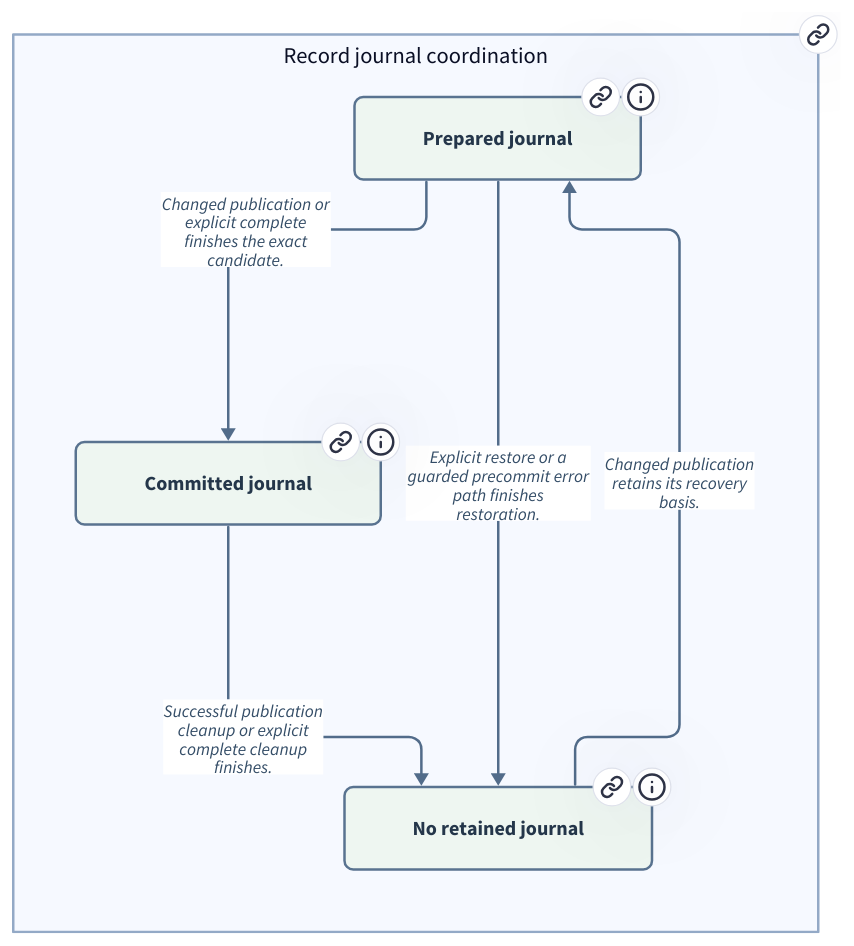
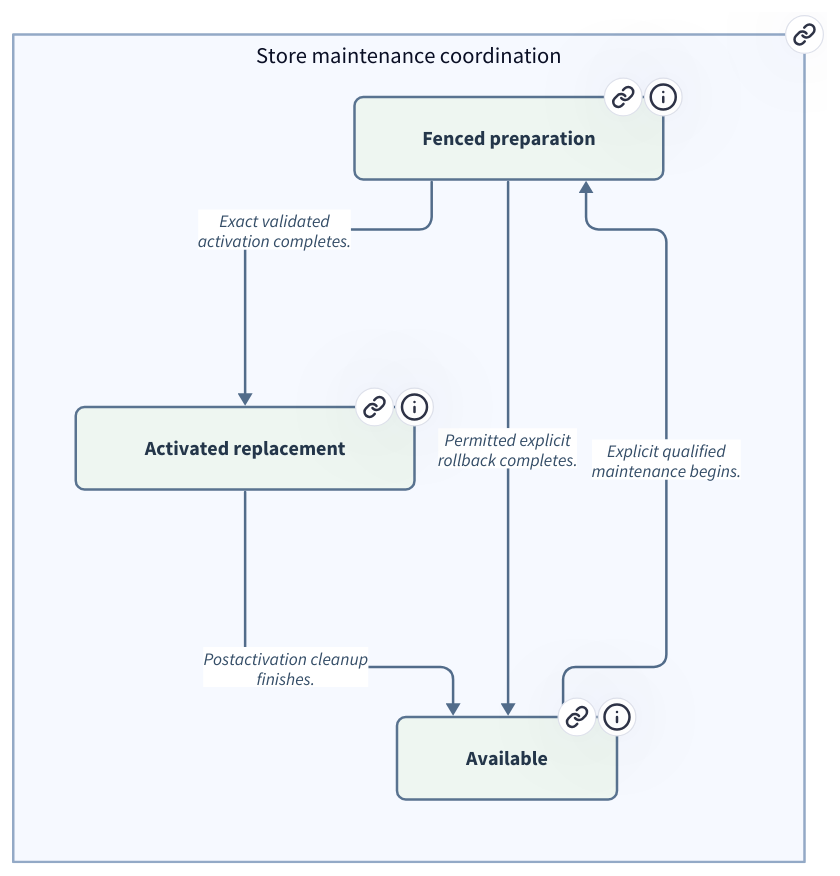
Before and after one commit to xiongxianfei/rigorloop: the diagram in design/architecture/views/browser/diagrams/process-coordination.d2, drawn with D2. The commit also changed 512 other files, not shown here.

```diff
--- a/design/architecture/views/browser/diagrams/process-coordination.d2
+++ b/design/architecture/views/browser/diagrams/process-coordination.d2
@@ -1,67 +1,67 @@
 # Generated from explicit REM realization facts; do not edit.
-# Source identity: 53f63fcf1ca7513ab5f1fd872d338be32ce1bda945a9429ccd0bac1f370c74f1
-# Source-observed journal states and guarded transitions. Arrows describe eligible changes, not a mandatory sequence. Absence of a retained journal is distinct from the prepared and committed journal phases. Guards, effects, and coordination limits remain attached to their source records; this diagram is not crash, concurrency, or recovery verification.
+# Source identity: 7978be139fe27eda655003b22781018baac550ab5be13f735b6a2800fc2e5371
+# Source-observed maintenance states and guarded transitions. Arrows describe eligible changes, not a mandatory sequence. Ordinary availability is distinct from the prepared and activated maintenance phases. Guards, effects, and coordination limits remain attached to their source records; this diagram is not crash, concurrency, or recovery verification.
 vars: { d2-config: { layout-engine: elk } }
 direction: down
 
-n_6c6966656379636c653a30: "Record journal coordination" {
+n_6c6966656379636c653a30: "Store maintenance coordination" {
   link: "#process/lifecycle/coordination"
   style.fill: "#F6F9FF"
   style.stroke: "#93A9C6"
   style.font-size: 18
-  n_4e6f2072657461696e6564206a6f75726e616c: "No retained journal" {
+  n_417661696c61626c65: "Available" {
     link: "#process/lifecycle/coordination"
-    tooltip: "journal.json is absent; this is physical absence, not a stored phase. A writer lock may still exist, and absence alone does not make a reader snapshot available or establish cleanup success."
+    tooltip: "No active maintenance fence; ordinary SQLite operations may seek their own transaction."
     style.fill: "#EEF6F1"
     style.stroke: "#597390"
     style.font-color: "#24364A"
     style.font-size: 16
     style.border-radius: 7
   }
-  n_5072657061726564206a6f75726e616c: "Prepared journal" {
+  n_46656e636564207072657061726174696f6e: "Fenced preparation" {
     link: "#process/lifecycle/coordination"
-    tooltip: "A validated retained journal has phase=prepared and exact before/candidate evidence. Targets may match a mixture of retained before and candidate values during an unfinished transaction; that mixture is not usable current state."
+    tooltip: "Exclusive maintenance owns validated staging and prior-state inventory; ordinary access is blocked."
     style.fill: "#EEF6F1"
     style.stroke: "#597390"
     style.font-color: "#24364A"
     style.font-size: 16
     style.border-radius: 7
   }
-  n_436f6d6d6974746564206a6f75726e616c: "Committed journal" {
+  n_416374697661746564207265706c6163656d656e74: "Activated replacement" {
     link: "#process/lifecycle/coordination"
-    tooltip: "A validated retained journal has phase=committed. Every target must match its candidate identity; before-state targets are inconsistent. Only verified completion/cleanup is admissible, never restore."
+    tooltip: "The validated new store is active; cleanup must preserve truthful commitment and cannot roll back as retry."
     style.fill: "#EEF6F1"
     style.stroke: "#597390"
     style.font-color: "#24364A"
     style.font-size: 16
     style.border-radius: 7
   }
-  n_4e6f2072657461696e6564206a6f75726e616c -> n_5072657061726564206a6f75726e616c: "Changed publication\nretains its recovery\nbasis." {
+  n_417661696c61626c65 -> n_46656e636564207072657061726174696f6e: "Explicit qualified\nmaintenance begins." {
     style.stroke: "#526C8A"
     style.font-color: "#344D67"
     style.fill: "#FFFFFF"
     style.font-size: 14
-    tooltip: "Changed publication retains its recovery basis.\nGuards: The writer owns exclusion and the current candidate, before-set, expected revision, targets, and declared reads have passed their applicable checks.; The bounded successful-publication receipt has been prepared; unchanged and preview paths have already terminated.\nEffects: Write exact before/candidate snapshots, identities, write/read sets, transaction ID, and created-directory tracking as phase=prepared before any authoritative replacement."
+    tooltip: "Explicit qualified maintenance begins.\nGuards: Exclusive fence acquired after ordinary leases clear.\nEffects: Retain inspected source/prior state and stage validated candidate."
   }
-  n_5072657061726564206a6f75726e616c -> n_436f6d6d6974746564206a6f75726e616c: "Changed publication or\nexplicit complete\nfinishes the exact\ncandidate." {
+  n_46656e636564207072657061726174696f6e -> n_416374697661746564207265706c6163656d656e74: "Exact validated\nactivation completes." {
     style.stroke: "#526C8A"
     style.font-color: "#344D67"
     style.fill: "#FFFFFF"
     style.font-size: 14
-    tooltip: "Changed publication or explicit complete finishes the exact candidate.\nGuards: Ownership and known target checks remain valid, all candidate identities have been observed, and the declared read basis has been rechecked after publication.; Recovery additionally verifies the exact requested journal identity; unknown target bytes or an untrusted journal block transition.\nEffects: Persist phase=committed with the retained transaction evidence. Subsequent failure cannot authorize before-state restoration."
+    tooltip: "Exact validated activation completes.\nGuards: Current observations and candidate inventory match.\nEffects: Activate selected staged units and retain displaced originals."
   }
-  n_5072657061726564206a6f75726e616c -> n_4e6f2072657461696e6564206a6f75726e616c: "Explicit restore or a\nguarded precommit error\npath finishes\nrestoration." {
+  n_46656e636564207072657061726174696f6e -> n_417661696c61626c65: "Permitted explicit\nrollback completes." {
     style.stroke: "#526C8A"
     style.font-color: "#344D67"
     style.fill: "#FFFFFF"
     style.font-size: 14
-    tooltip: "Explicit restore or a guarded precommit error path finishes restoration.\nGuards: Exact retained before bytes are verified and each target remains in its known before/candidate set at observed checks.; Restoration and permitted created-directory cleanup complete under owned exclusion.\nEffects: Remove the exact retained journal, then release the owned lock. Explicit restore returns recovered; safe automatic restoration reports the original publication failure."
+    tooltip: "Permitted explicit rollback completes.\nGuards: Fresh observed recovery and exact prior units established.\nEffects: Restore verified prior scope; preserve unrelated bytes."
   }
-  n_436f6d6d6974746564206a6f75726e616c -> n_4e6f2072657461696e6564206a6f75726e616c: "Successful publication\ncleanup or explicit\ncomplete cleanup\nfinishes." {
+  n_416374697661746564207265706c6163656d656e74 -> n_417661696c61626c65: "Postactivation cleanup\nfinishes." {
     style.stroke: "#526C8A"
     style.font-color: "#344D67"
     style.fill: "#FFFFFF"
     style.font-size: 14
-    tooltip: "Successful publication cleanup or explicit complete cleanup finishes.\nGuards: The exact committed candidate is verified; an explicit recovery complete also verifies current journal identity and its declared read basis.; The writer still owns exclusion; cleanup succeeds without guessing target or journal state.\nEffects: Remove the retained journal, then release the lock and return the already prepared saved or recovered receipt. Missing output delivery does not undo commitment."
+    tooltip: "Postactivation cleanup finishes.\nGuards: Retained active candidate and known lock ownership remain valid.\nEffects: Release owned cleanup/fence; report committed outcome."
   }
 }
```
